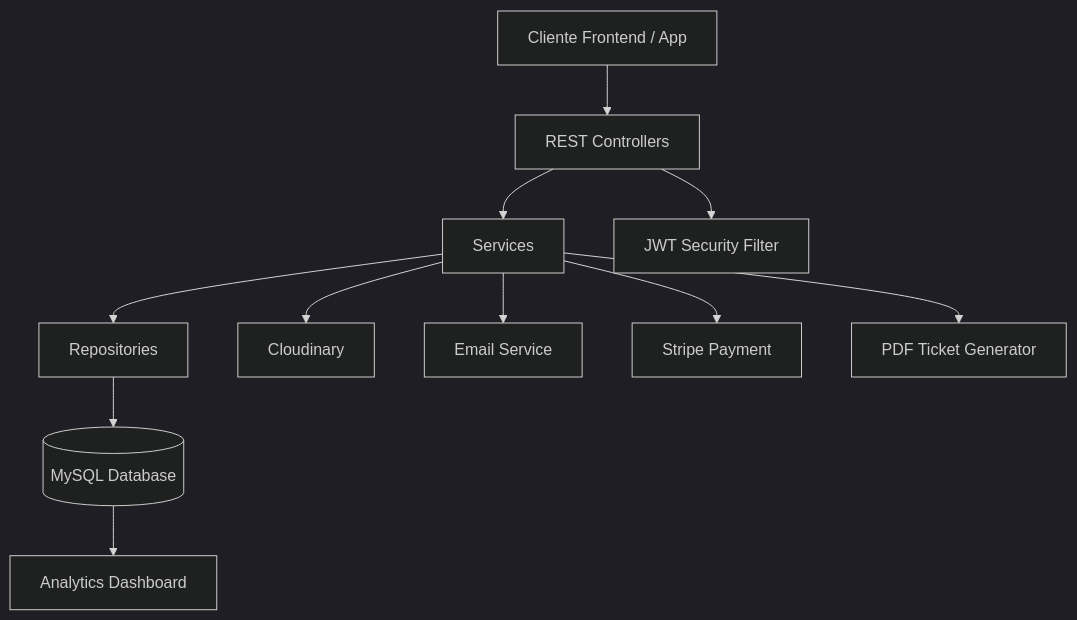
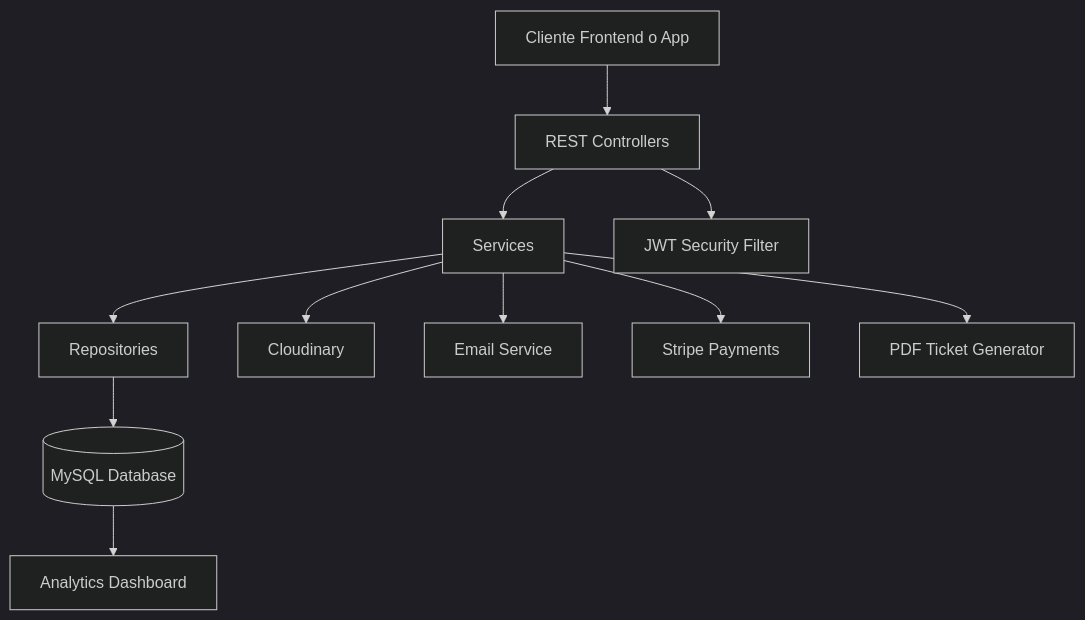
One commit to Projecto-Cine/BackendCine changed the first of 4 diagrams in README.md. Above: the diagram before and after it, drawn with Mermaid (dark theme).

Commit message:
Update architecture diagram in README.md

````diff
--- a/README.md
+++ b/README.md
@@ -122,16 +122,16 @@
 ```mermaid
-graph TD
+flowchart TD
 
-A[Cliente Frontend / App] --> B[REST Controllers]
-B --> C[Services]
-C --> D[Repositories]
-D --> E[(MySQL Database)]
+A["Cliente Frontend o App"] --> B["REST Controllers"]
+B --> C["Services"]
+C --> D["Repositories"]
+D --> E[("MySQL Database")]
 
-B --> F[JWT Security Filter]
-C --> G[Cloudinary]
-C --> H[Email Service]
-C --> I[Stripe Payment]
-C --> J[PDF Ticket Generator]
+B --> F["JWT Security Filter"]
+C --> G["Cloudinary"]
+C --> H["Email Service"]
+C --> I["Stripe Payments"]
+C --> J["PDF Ticket Generator"]
 
-E --> K[Analytics Dashboard]
+E --> K["Analytics Dashboard"]
 ```
````
